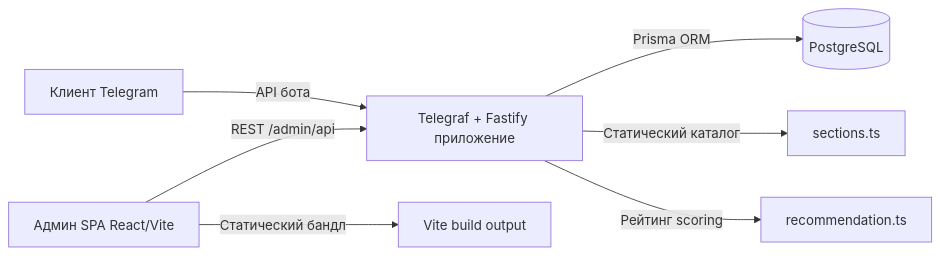
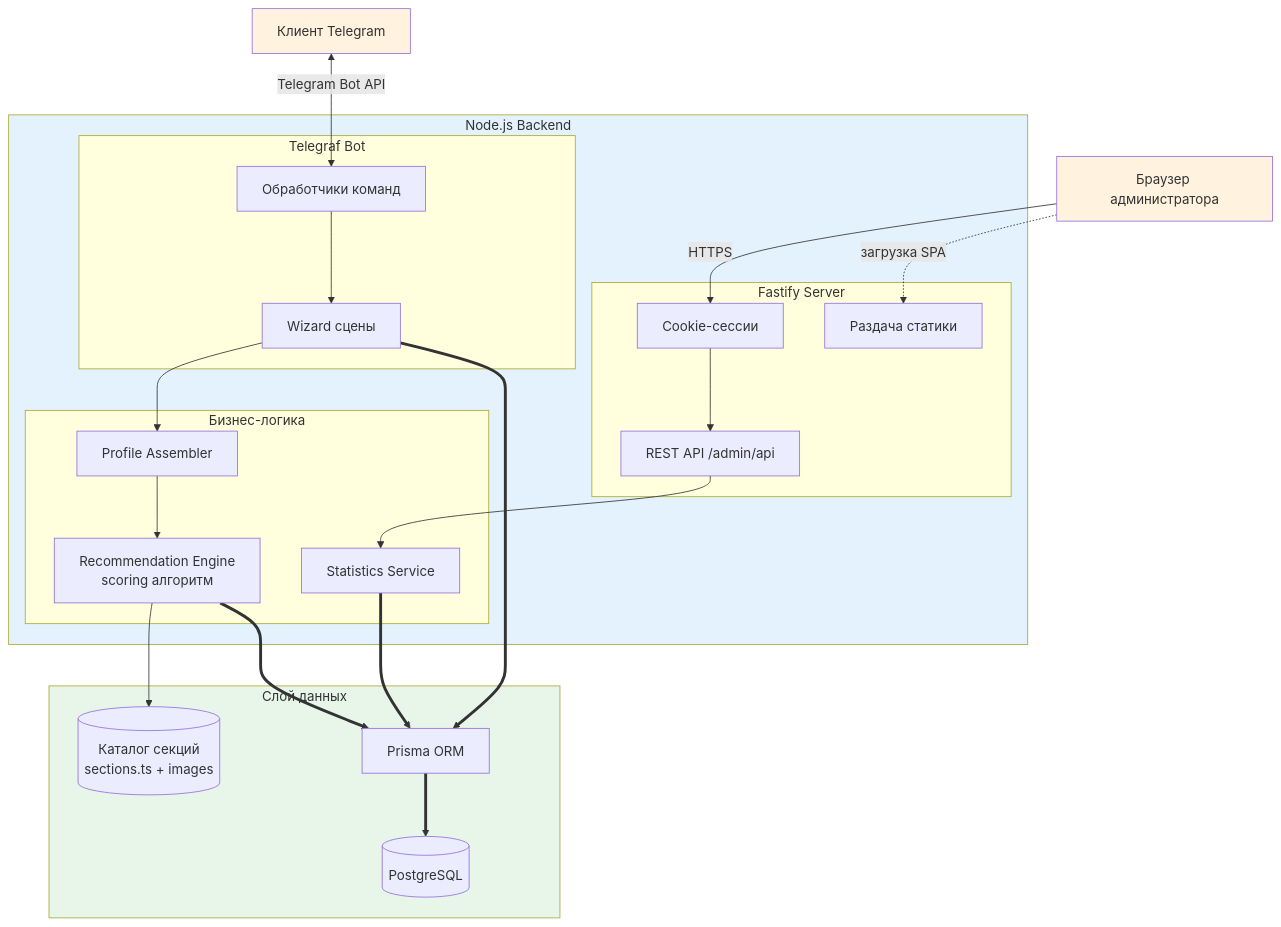
One commit to kotru21/bsuir changed the third of 7 diagrams in README.md. Above: the diagram before and after it, drawn with Mermaid. The commit also changed other lines of this file, not shown here.

First line of the commit message:
Revise and expand README with updated diagrams and setup

````diff
--- a/README.md
+++ b/README.md
@@ -163,9 +159,51 @@
 ```mermaid
-flowchart LR
-   User["Клиент Telegram"] -->|API бота| BotCore["Telegraf + Fastify приложение"]
-   Admin["Админ SPA React/Vite"] -->|REST /admin/api| BotCore
-   BotCore -->|Prisma ORM| DB[(PostgreSQL)]
-   BotCore -->|Статический каталог| Catalog["sections.ts"]
-   BotCore -->|Рейтинг scoring| Engine["recommendation.ts"]
-   Admin -->|Статический бандл| Vite["Vite build output"]
+flowchart TB
+   User["Клиент Telegram"]
+   AdminBrowser["Браузер администратора"]
+
+   subgraph Backend["Node.js Backend"]
+      subgraph Telegraf["Telegraf Bot"]
+         BotHandlers["Обработчики команд"]
+         BotScenes["Wizard сцены"]
+      end
+
+      subgraph FastifyApp["Fastify Server"]
+         AdminAPI["REST API /admin/api"]
+         StaticFiles["Раздача статики"]
+         Sessions["Cookie-сессии"]
+      end
+
+      subgraph BusinessLogic["Бизнес-логика"]
+         RecEngine["Recommendation Engine<br/>scoring алгоритм"]
+         ProfileAssembler["Profile Assembler"]
+         StatService["Statistics Service"]
+      end
+   end
+
+   subgraph Data["Слой данных"]
+      Prisma["Prisma ORM"]
+      DB[(PostgreSQL)]
+      Catalog[("Каталог секций<br/>sections.ts + images")]
+   end
+
+   User <-->|Telegram Bot API| BotHandlers
+   BotHandlers --> BotScenes
+   BotScenes --> ProfileAssembler
+   ProfileAssembler --> RecEngine
+
+   AdminBrowser -->|HTTPS| Sessions
+   Sessions --> AdminAPI
+   AdminBrowser -.->|загрузка SPA| StaticFiles
+
+   AdminAPI --> StatService
+   RecEngine --> Catalog
+   RecEngine ==> Prisma
+   BotScenes ==> Prisma
+   StatService ==> Prisma
+   Prisma ==> DB
+
+   style Backend fill:#e3f2fd
+   style Data fill:#e8f5e9
+   style User fill:#fff3e0
+   style AdminBrowser fill:#fff3e0
 ```
````
